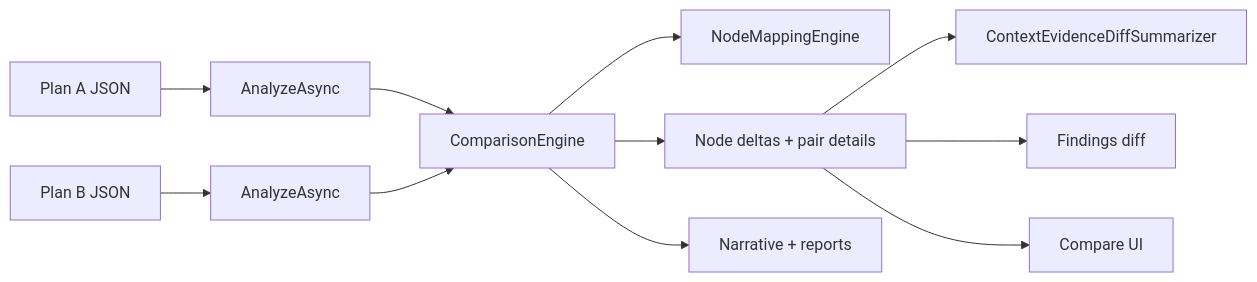
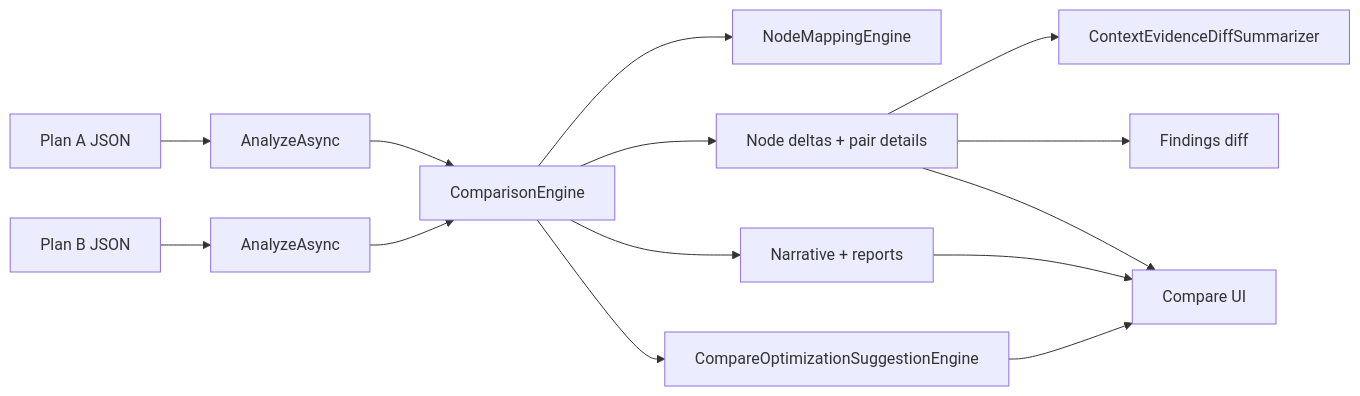
The second of 4 diagrams in docs/architecture.md (sempervent/postgres-query-autopsy-tool), drawn with Mermaid before and after one commit. The commit also changed other lines of this file and 43 other files, not shown here.

````diff
--- a/docs/architecture.md
+++ b/docs/architecture.md
@@ -88,13 +98,16 @@
 ```mermaid
 flowchart LR
   A[Plan A JSON] --> AA[AnalyzeAsync]
   B[Plan B JSON] --> BB[AnalyzeAsync]
   AA --> C[ComparisonEngine]
   BB --> C
   C --> D[NodeMappingEngine]
   C --> E[Node deltas + pair details]
   E --> F[ContextEvidenceDiffSummarizer]
   E --> G[Findings diff]
   C --> H[Narrative + reports]
-  E --> I[Compare UI]
+  C --> COS[CompareOptimizationSuggestionEngine]
+  COS --> I[Compare UI]
+  E --> I
+  H --> I
 ```
````
